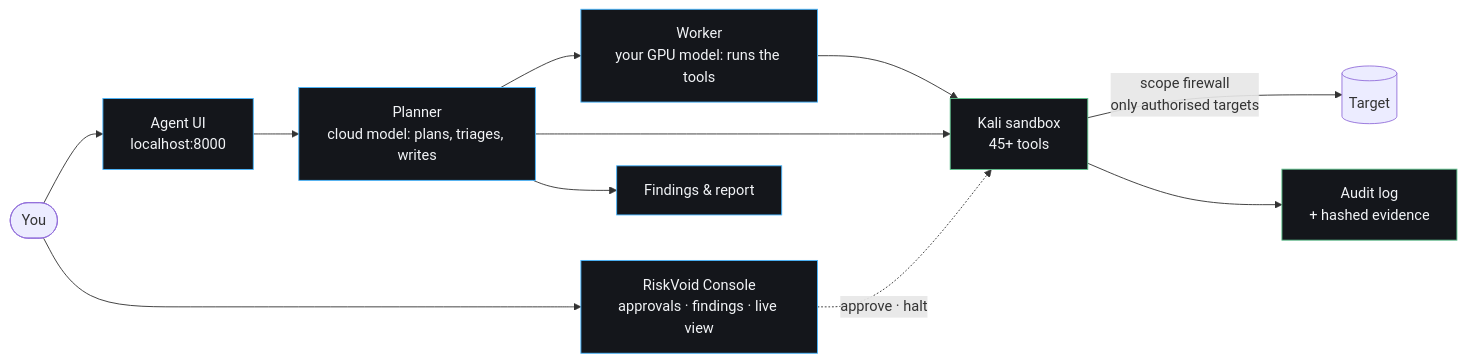
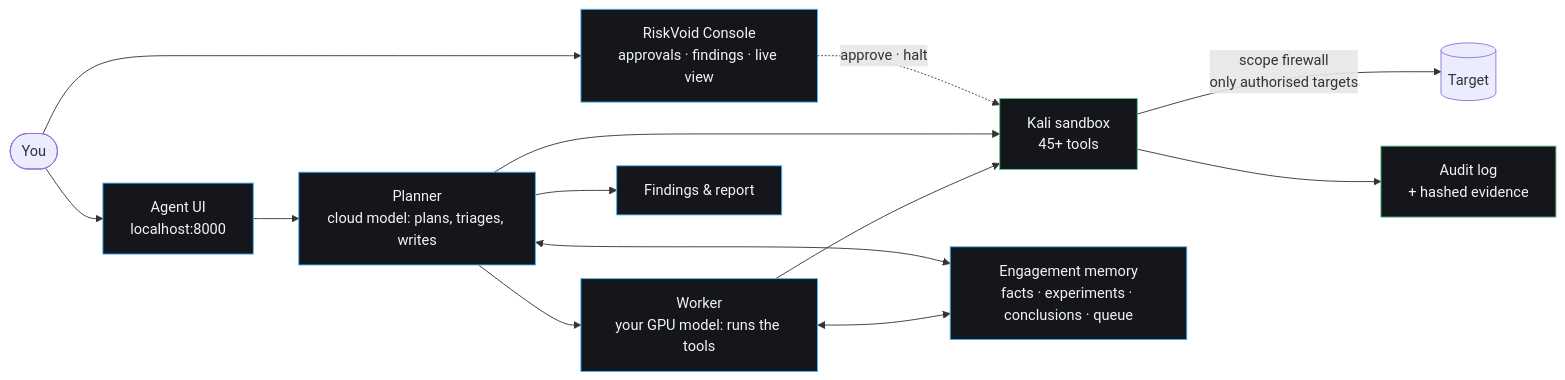
Before and after one commit to RiskVoid/Security-Agent-Kit: the diagram in README.md, drawn with Mermaid. The commit also changed other lines of this file and 17 other files, not shown here.

First line of the commit message:
Release 0.2.0: the research loop and engagement memory, documented

````diff
--- a/README.md
+++ b/README.md
@@ -314,18 +318,21 @@
 ```mermaid
 flowchart LR
     you(["You"]) --> ui["Agent UI<br/>localhost:8000"]
     you --> console["RiskVoid Console<br/>approvals · findings · live view"]
     ui --> planner["Planner<br/>cloud model: plans, triages, writes"]
     planner --> worker["Worker<br/>your GPU model: runs the tools"]
     planner --> findings["Findings & report"]
     worker --> kali
     planner --> kali["Kali sandbox<br/>45+ tools"]
     kali -->|"scope firewall<br/>only authorised targets"| target[("Target")]
     console -.->|approve · halt| kali
     kali --> audit["Audit log<br/>+ hashed evidence"]
+    worker <--> memory["Engagement memory<br/>facts · experiments · conclusions · queue"]
+    planner <--> memory
 
     classDef rv fill:#14161b,stroke:#47B6FF,color:#f2f4f7
     classDef safe fill:#14161b,stroke:#5cc28c,color:#f2f4f7
     class ui,planner,worker,findings,console rv
     class kali,audit safe
+    class memory rv
 ```
````
